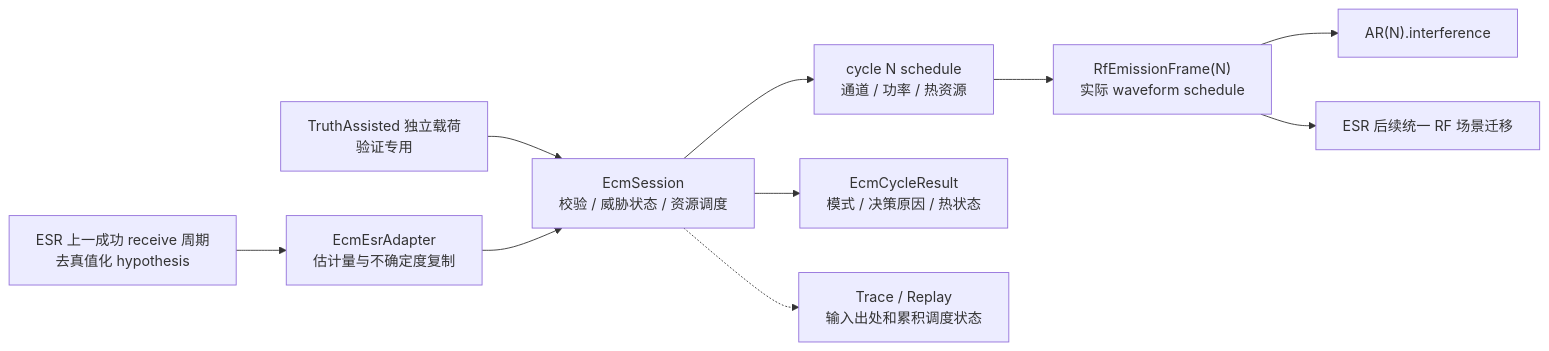
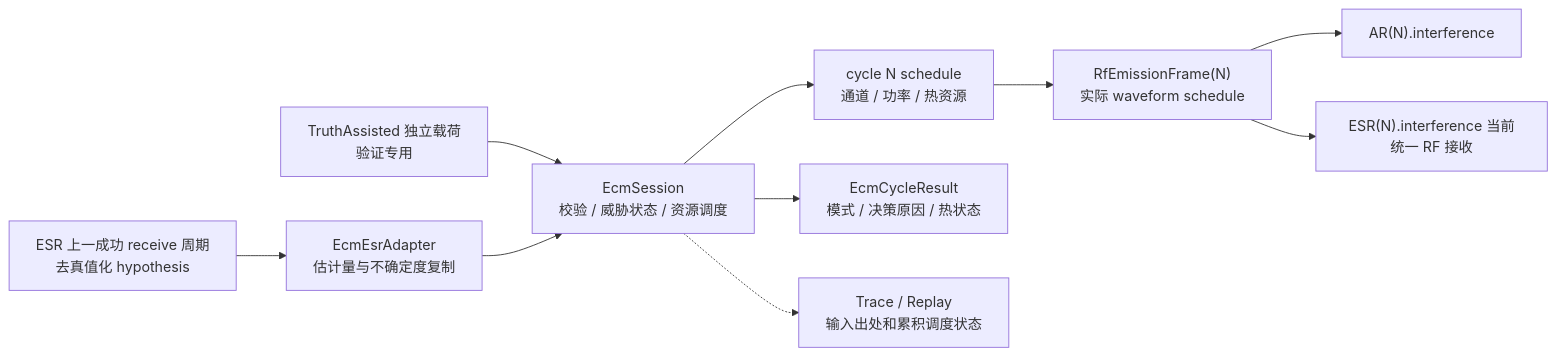
The diagram in docs/electronic_countermeasure/design.md (boilwater-3/1q), drawn with Mermaid before and after one commit. The commit also changed other lines of this file and 4 other files, not shown here.

````diff
--- a/docs/electronic_countermeasure/design.md
+++ b/docs/electronic_countermeasure/design.md
@@ -16,12 +17,12 @@
 ```mermaid
 flowchart LR
   ESR["ESR 上一成功 receive 周期\n去真值化 hypothesis"] --> Adapter["EcmEsrAdapter\n估计量与不确定度复制"]
   Truth["TruthAssisted 独立载荷\n验证专用"] --> Session["EcmSession\n校验 / 威胁状态 / 资源调度"]
   Adapter --> Session
   Session --> Scheduler["cycle N schedule\n通道 / 功率 / 热资源"]
   Scheduler --> Raw["RfEmissionFrame(N)\n实际 waveform schedule"]
   Raw --> AR["AR(N).interference"]
   Session --> Result["EcmCycleResult\n模式 / 决策原因 / 热状态"]
-  Raw --> ESR2["ESR 后续统一 RF 场景迁移"]
+  Raw --> ESR2["ESR(N).interference 当前统一 RF 接收"]
   Session -.-> Trace["Trace / Replay\n输入出处和累积调度状态"]
 ```
````
